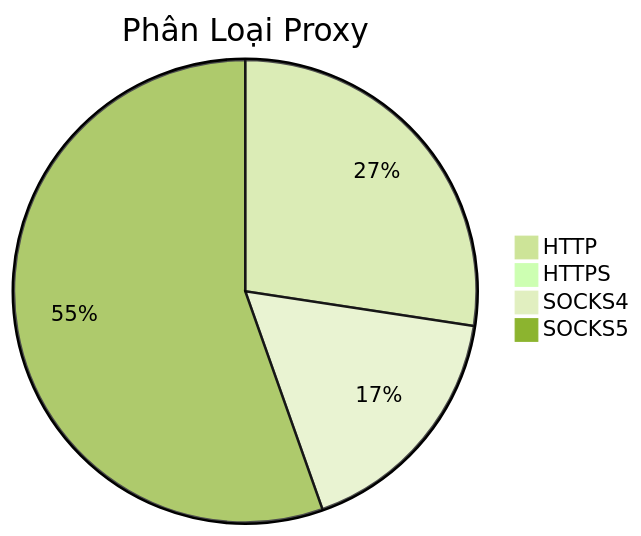
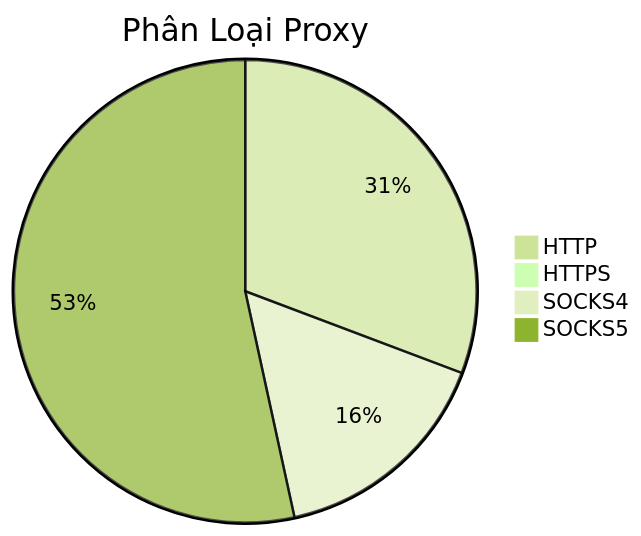
Before and after one commit to Ciara-12/PROXY-free: the diagram in README.md, drawn with Mermaid (forest theme). The commit also changed other lines of this file and 4 other files, not shown here.

````diff
--- a/README.md
+++ b/README.md
@@ -26,7 +26,7 @@
 ```mermaid
 pie title Phân Loại Proxy
-    "HTTP" : 799
-    "HTTPS" : 3
-    "SOCKS4" : 501
-    "SOCKS5" : 1616
+    "HTTP" : 792
+    "HTTPS" : 1
+    "SOCKS4" : 408
+    "SOCKS5" : 1376
 ```
````
